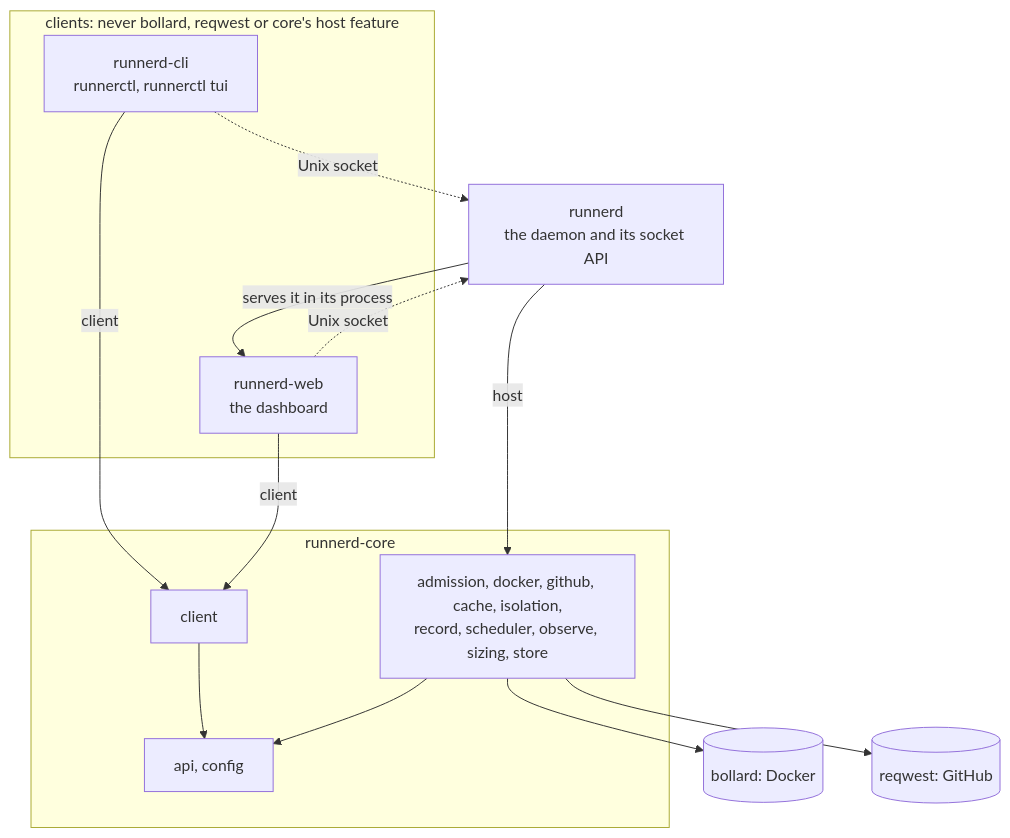
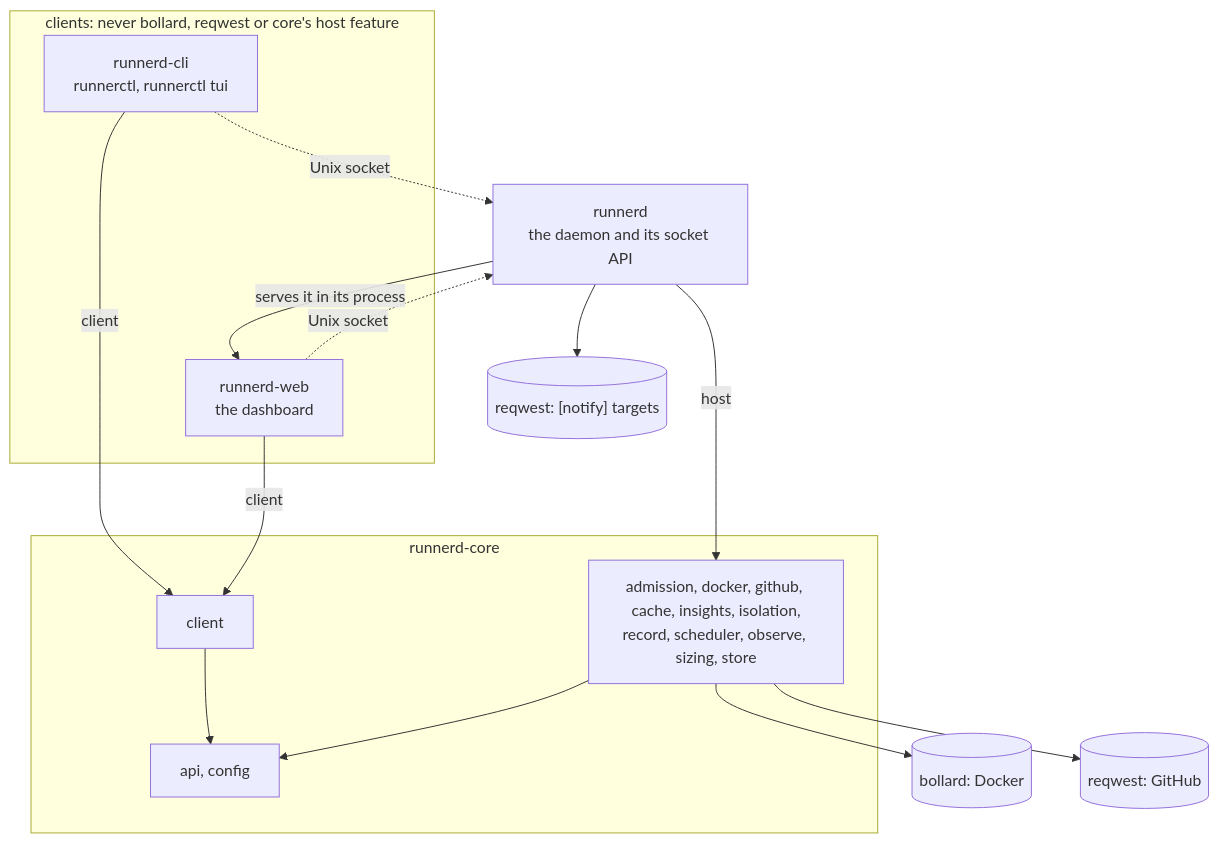
Before and after one commit to ayagmar/runnerd: the diagram in ARCHITECTURE.md, drawn with Mermaid. The commit also changed other lines of this file and 37 other files, not shown here.

````diff
--- a/ARCHITECTURE.md
+++ b/ARCHITECTURE.md
@@ -9,23 +9,24 @@
 ```mermaid
 flowchart TB
     subgraph clients["clients: never bollard, reqwest or core's host feature"]
         cli["runnerd-cli<br/>runnerctl, runnerctl tui"]
         web["runnerd-web<br/>the dashboard"]
     end
     daemon["runnerd<br/>the daemon and its socket API"]
     subgraph core["runnerd-core"]
         types["api, config"]
         client["client"]
-        host["admission, docker, github, cache, isolation,<br/>record, scheduler, observe, sizing, store"]
+        host["admission, docker, github, cache, insights, isolation,<br/>record, scheduler, observe, sizing, store"]
     end
     daemon -->|host| host
     daemon -->|"serves it in its process"| web
     cli -->|client| client
     web -->|client| client
     client --> types
     host --> types
     host --> bollard[("bollard: Docker")]
     host --> reqwest[("reqwest: GitHub")]
+    daemon --> notify[("reqwest: [notify] targets")]
     cli -.->|Unix socket| daemon
     web -.->|Unix socket| daemon
 ```
````
